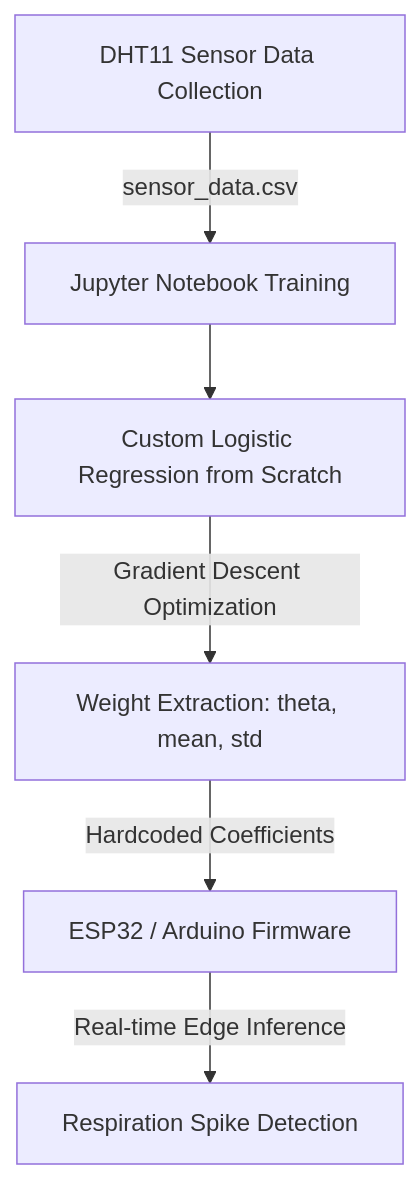
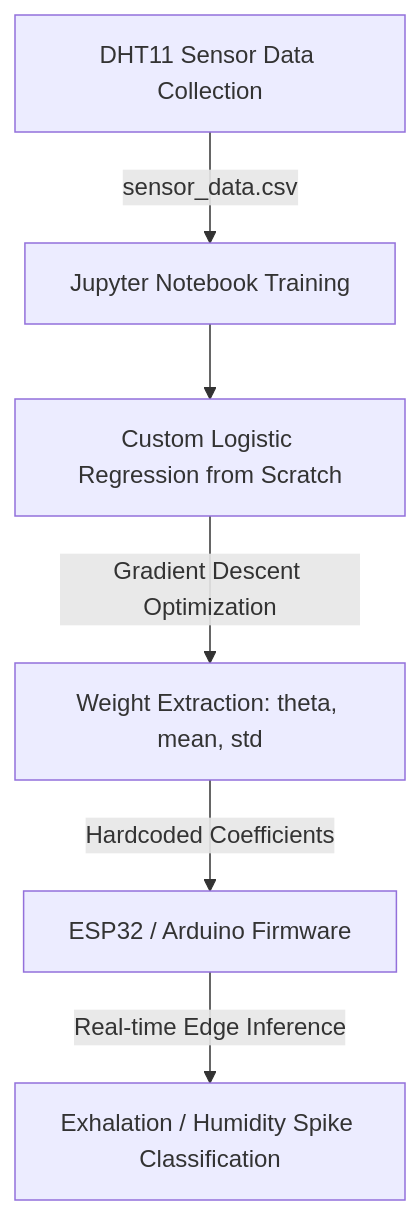
The diagram in README.md (usman-irshad1/temperature-sensor-tiny-ml), drawn with Mermaid before and after one commit. The commit also changed other lines of this file, not shown here.

````diff
--- a/README.md
+++ b/README.md
@@ -7,8 +13,8 @@
 ```mermaid
 graph TD
     A[DHT11 Sensor Data Collection] -->|sensor_data.csv| B[Jupyter Notebook Training]
     B --> C[Custom Logistic Regression from Scratch]
     C -->|Gradient Descent Optimization| D[Weight Extraction: theta, mean, std]
     D -->|Hardcoded Coefficients| E[ESP32 / Arduino Firmware]
-    E -->|Real-time Edge Inference| F[Respiration Spike Detection]
+    E -->|Real-time Edge Inference| F[Exhalation / Humidity Spike Classification]
 ```
````
